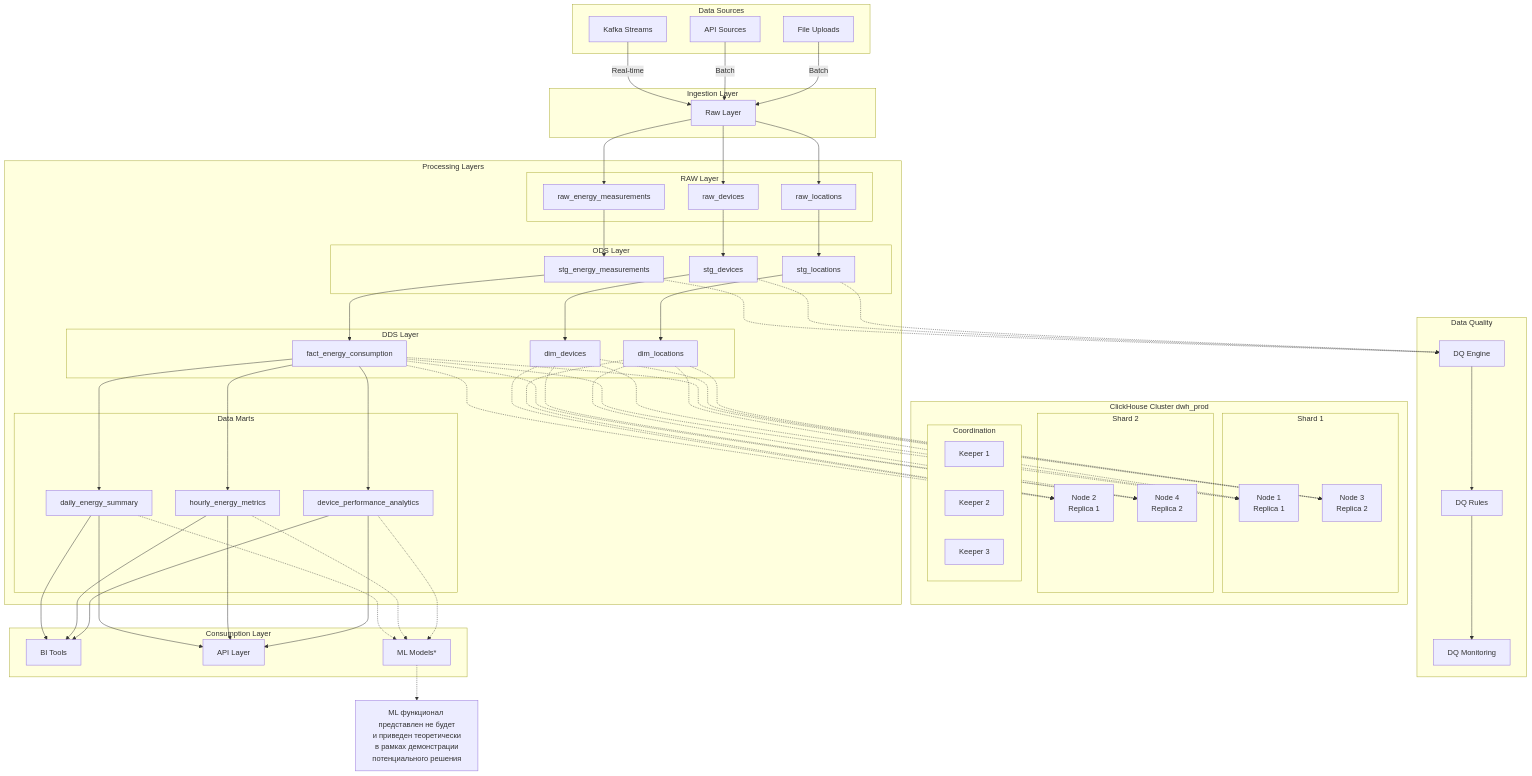
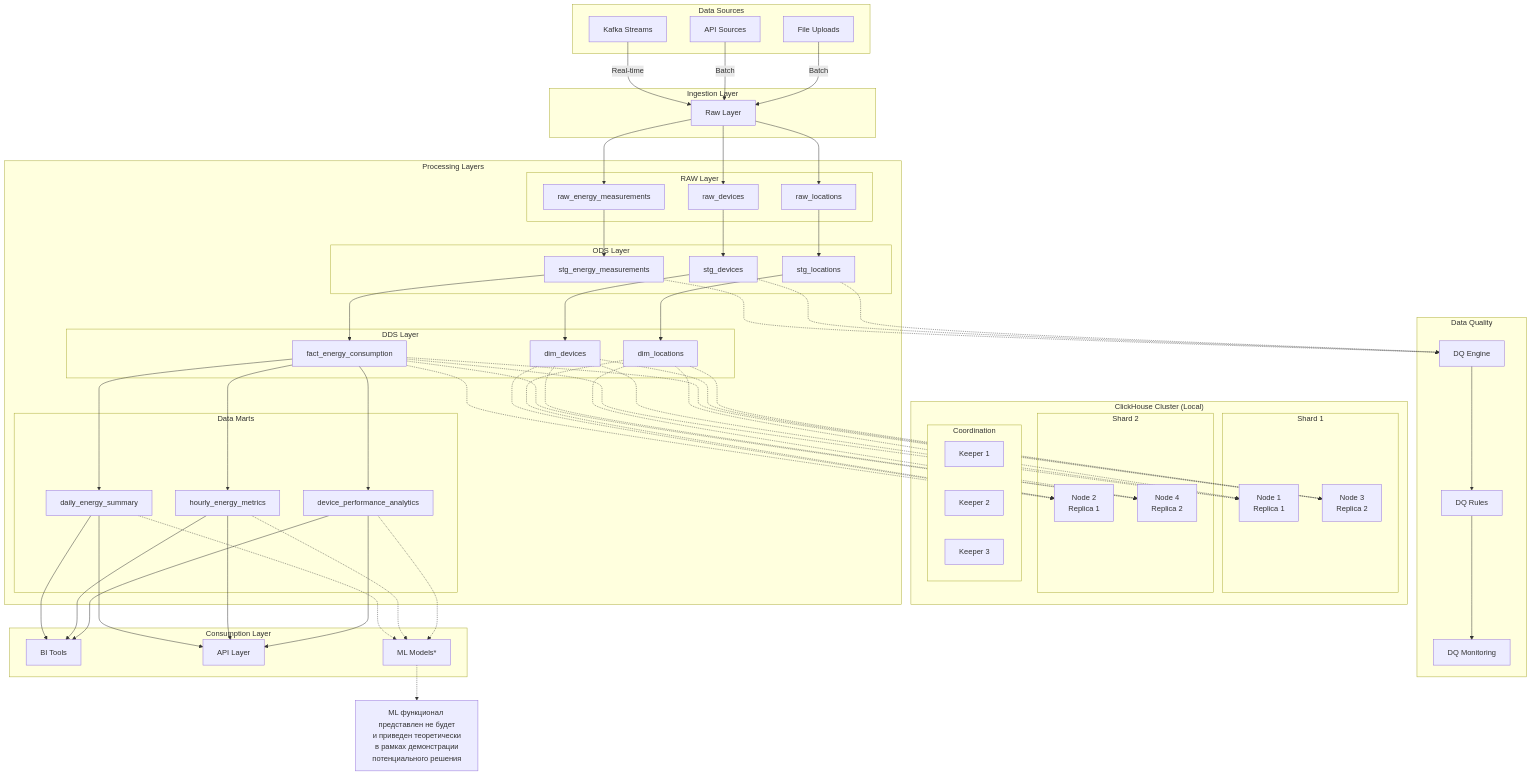
The diagram in dbt/DWH_ARCHITECTURE.md (principalwater/clickhouse-energyhub), drawn with Mermaid before and after one commit. The commit also changed other lines of this file and 7 other files, not shown here.

```diff
--- a/dbt/DWH_ARCHITECTURE.md
+++ b/dbt/DWH_ARCHITECTURE.md
@@ -54,7 +54,7 @@
         end
     end
     
-    subgraph "ClickHouse Cluster dwh_prod"
+    subgraph "ClickHouse Cluster (Local)"
         subgraph "Shard 1"
             S1N1[Node 1<br/>Replica 1]
             S1N2[Node 3<br/>Replica 2]
```
